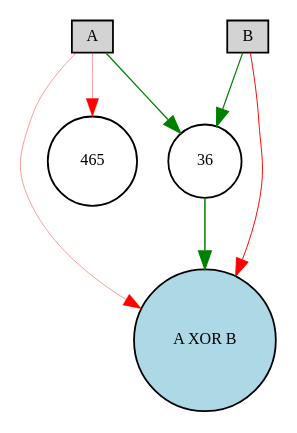
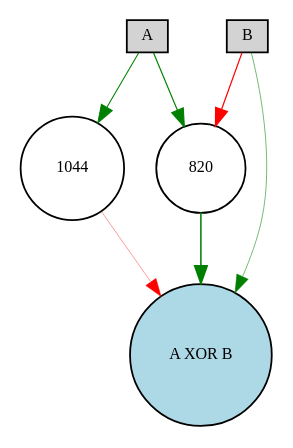
The diagram in Neat examples/neat-python-0.92/examples/xor/Digraph.gv (Olssdani/TNM095-Project), drawn with Graphviz before and after one commit. The commit also changed 151 other files, not shown here.

```diff
--- a/Neat examples/neat-python-0.92/examples/xor/Digraph.gv
+++ b/Neat examples/neat-python-0.92/examples/xor/Digraph.gv
@@ -1,14 +1,14 @@
 digraph {
 	node [fontsize=9 height=0.2 shape=circle width=0.2]
 	A [fillcolor=lightgray shape=box style=filled]
 	B [fillcolor=lightgray shape=box style=filled]
 	"A XOR B" [fillcolor=lightblue style=filled]
-	465 [fillcolor=white style=filled]
-	36 [fillcolor=white style=filled]
-	A -> 36 [color=green penwidth=0.7226200765774716 style=solid]
-	36 -> "A XOR B" [color=green penwidth=0.8402580313139074 style=solid]
-	B -> 36 [color=green penwidth=0.6684422860237677 style=solid]
-	B -> "A XOR B" [color=red penwidth=0.5434127417474398 style=solid]
-	A -> 465 [color=red penwidth=0.22333836662681167 style=solid]
-	A -> "A XOR B" [color=red penwidth=0.22177934617726913 style=solid]
+	820 [fillcolor=white style=filled]
+	1044 [fillcolor=white style=filled]
+	A -> 820 [color=green penwidth=0.6546463827051728 style=solid]
+	820 -> "A XOR B" [color=green penwidth=0.8588591868949245 style=solid]
+	B -> 820 [color=red penwidth=0.678473352877143 style=solid]
+	A -> 1044 [color=green penwidth=0.594920814587635 style=solid]
+	1044 -> "A XOR B" [color=red penwidth=0.22350332528552652 style=solid]
+	B -> "A XOR B" [color=green penwidth=0.29551027441485034 style=solid]
 }
```
